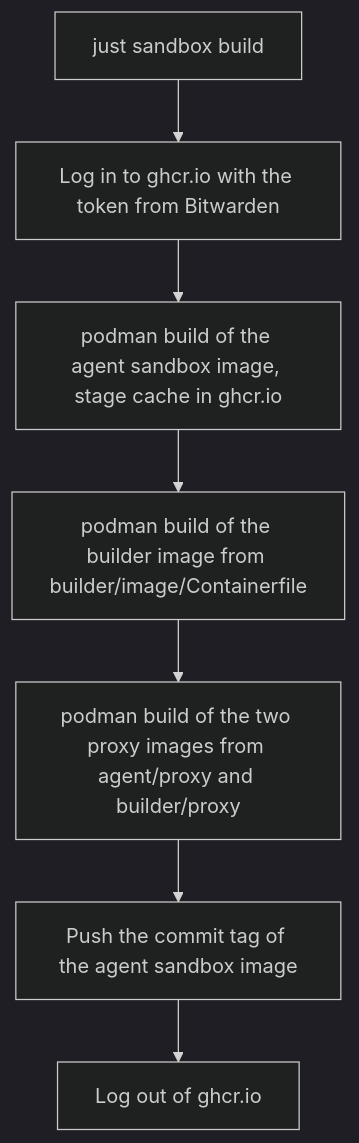
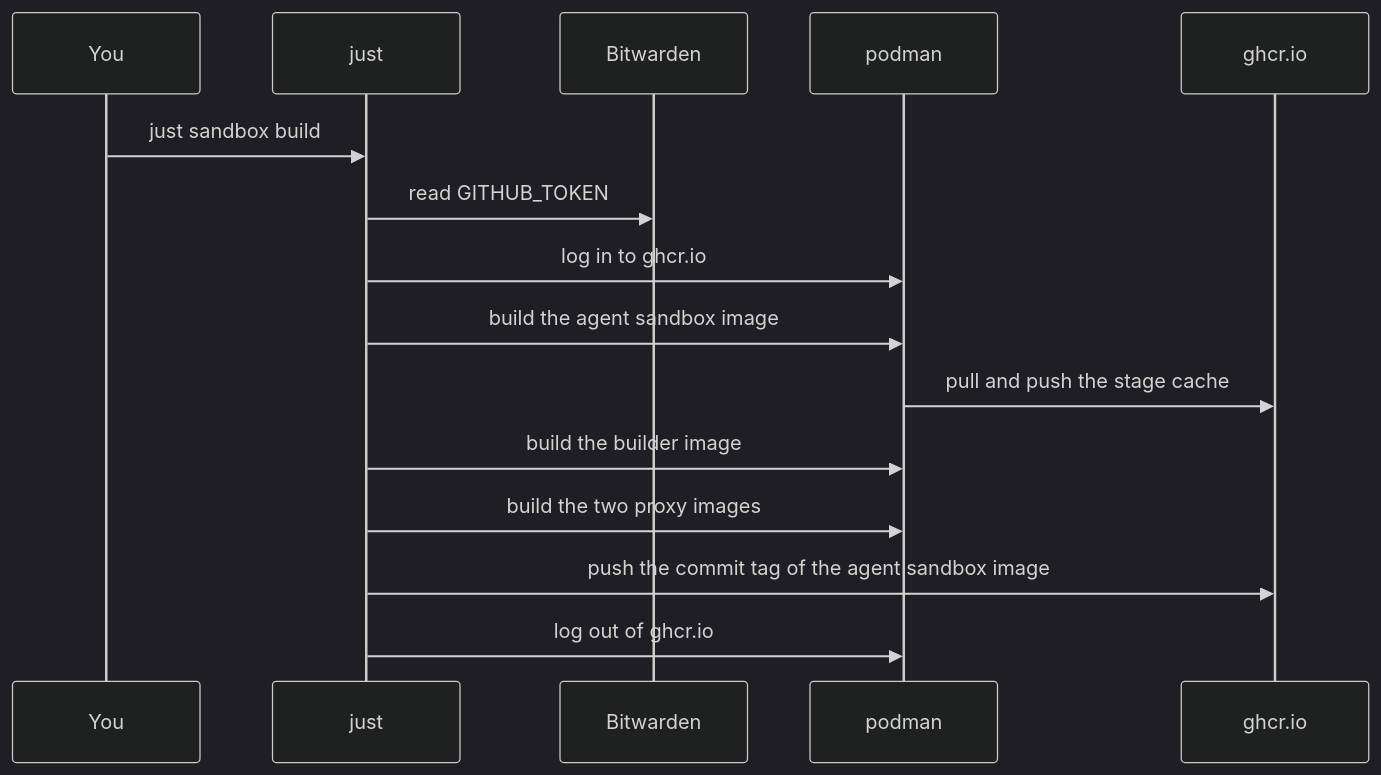
The third of 8 diagrams in .sandbox/docs/internals.md (raghav19/engineersdaybook), drawn with Mermaid (dark theme) before and after one commit. The commit also changed other lines of this file, not shown here.

First line of the commit message:
docs: show every flow as a sequence diagram

````diff
--- a/.sandbox/docs/internals.md
+++ b/.sandbox/docs/internals.md
@@ -99,9 +115,17 @@
 ```mermaid
-flowchart TD
-    A["just sandbox build"] --> B["Log in to ghcr.io with the token from Bitwarden"]
-    B --> C["podman build of the agent sandbox image, stage cache in ghcr.io"]
-    C --> D["podman build of the builder image from builder/image/Containerfile"]
-    D --> P["podman build of the two proxy images from agent/proxy and builder/proxy"]
-    P --> E["Push the commit tag of the agent sandbox image"]
-    E --> F["Log out of ghcr.io"]
+sequenceDiagram
+    participant You
+    participant just
+    participant bws as Bitwarden
+    participant podman
+    participant ghcr as ghcr.io
+    You->>just: just sandbox build
+    just->>bws: read GITHUB_TOKEN
+    just->>podman: log in to ghcr.io
+    just->>podman: build the agent sandbox image
+    podman->>ghcr: pull and push the stage cache
+    just->>podman: build the builder image
+    just->>podman: build the two proxy images
+    just->>ghcr: push the commit tag of the agent sandbox image
+    just->>podman: log out of ghcr.io
 ```
````
